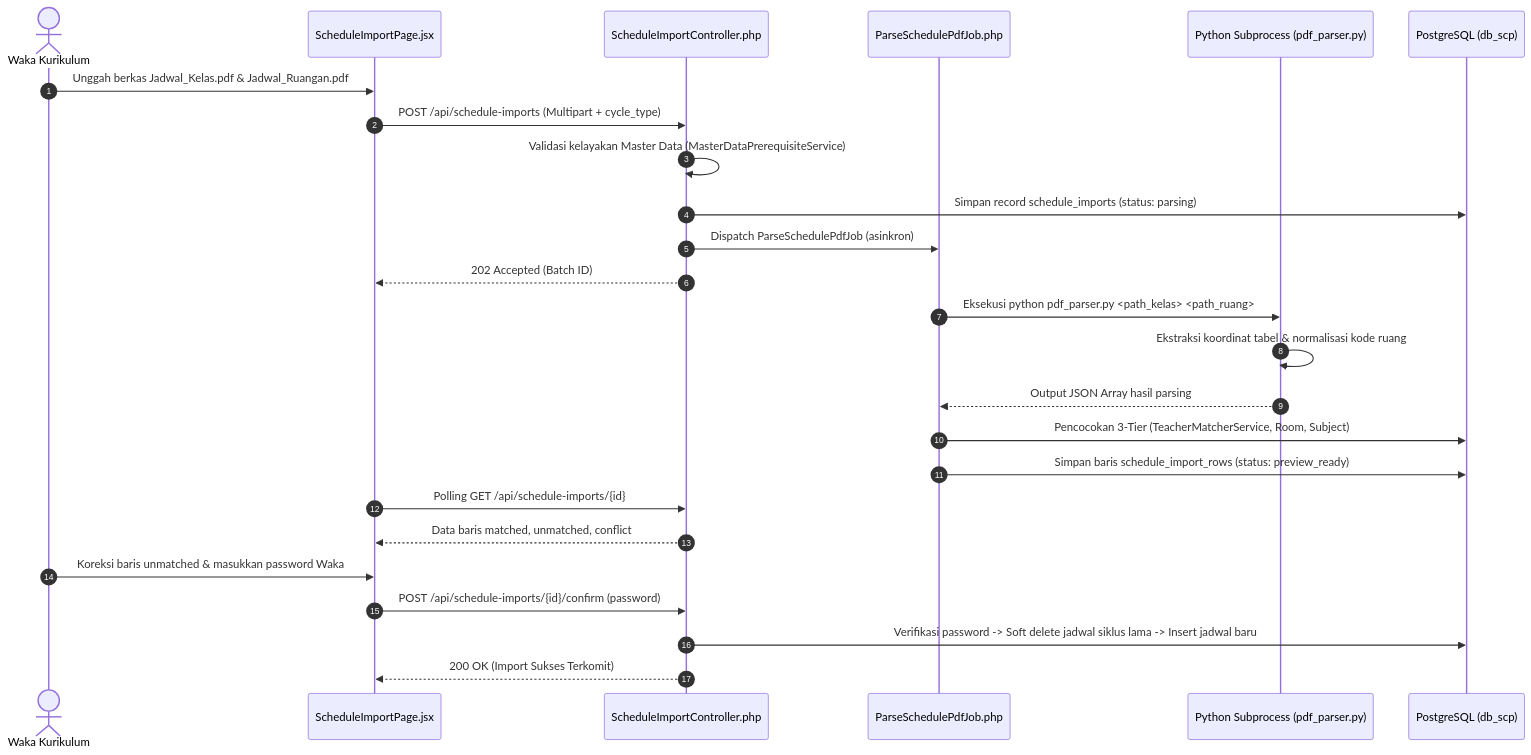
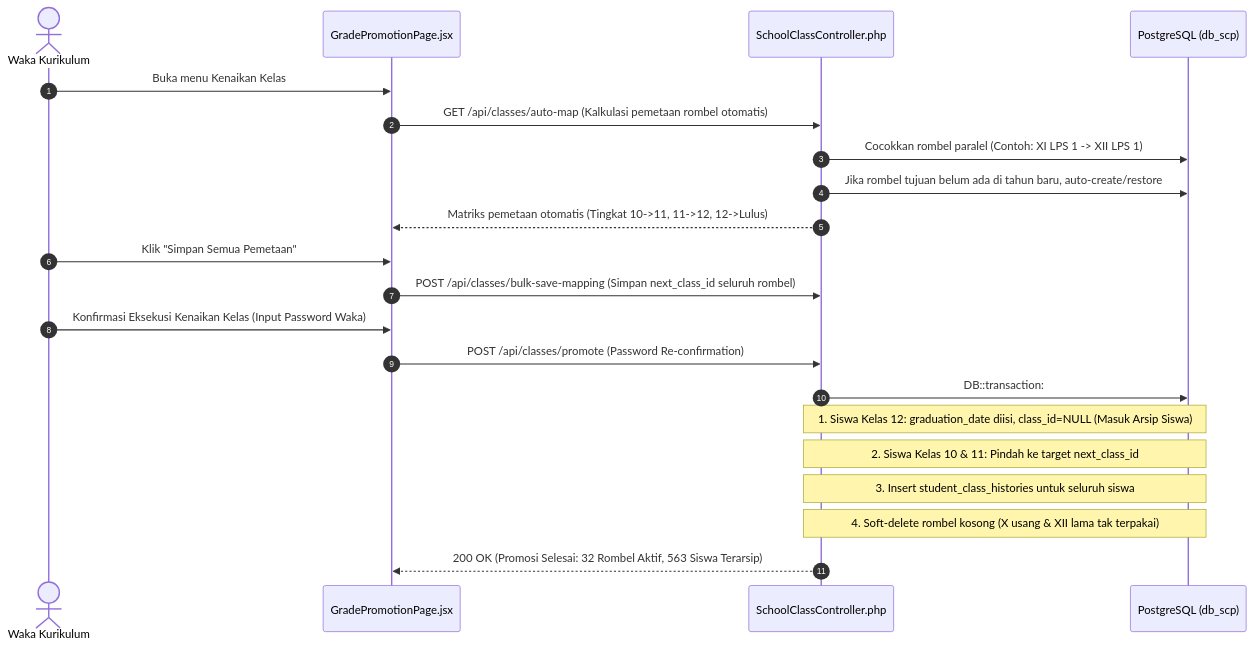
Before and after one commit to lino089/SCP-Project: the fourth of 4 diagrams in README.md, drawn with Mermaid. The commit also changed other lines of this file and 18 other files, not shown here.

Commit message:
Fix : Data siswa ga muncul saat presensi.

````diff
--- a/README.md
+++ b/README.md
@@ -341,30 +383,24 @@
 ```mermaid
 sequenceDiagram
     autonumber
     actor Waka as Waka Kurikulum
-    participant UI as ScheduleImportPage.jsx
-    participant Ctrl as ScheduleImportController.php
-    participant Job as ParseSchedulePdfJob.php
-    participant Py as Python Subprocess (pdf_parser.py)
+    participant UI as GradePromotionPage.jsx
+    participant Ctrl as SchoolClassController.php
     participant DB as PostgreSQL (db_scp)
 
-    Waka->>UI: Unggah berkas Jadwal_Kelas.pdf & Jadwal_Ruangan.pdf
-    UI->>Ctrl: POST /api/schedule-imports (Multipart + cycle_type)
-    Ctrl->>Ctrl: Validasi kelayakan Master Data (MasterDataPrerequisiteService)
-    Ctrl->>DB: Simpan record schedule_imports (status: parsing)
-    Ctrl->>Job: Dispatch ParseSchedulePdfJob (asinkron)
-    Ctrl-->>UI: 202 Accepted (Batch ID)
-    
-    Job->>Py: Eksekusi python pdf_parser.py <path_kelas> <path_ruang>
-    Py->>Py: Ekstraksi koordinat tabel & normalisasi kode ruang
-    Py-->>Job: Output JSON Array hasil parsing
-    Job->>DB: Pencocokan 3-Tier (TeacherMatcherService, Room, Subject)
-    Job->>DB: Simpan baris schedule_import_rows (status: preview_ready)
-    
-    UI->>Ctrl: Polling GET /api/schedule-imports/{id}
-    Ctrl-->>UI: Data baris matched, unmatched, conflict
-    Waka->>UI: Koreksi baris unmatched & masukkan password Waka
-    UI->>Ctrl: POST /api/schedule-imports/{id}/confirm (password)
-    Ctrl->>DB: Verifikasi password -> Soft delete jadwal siklus lama -> Insert jadwal baru
-    Ctrl-->>UI: 200 OK (Import Sukses Terkomit)
+    Waka->>UI: Buka menu Kenaikan Kelas
+    UI->>Ctrl: GET /api/classes/auto-map (Kalkulasi pemetaan rombel otomatis)
+    Ctrl->>DB: Cocokkan rombel paralel (Contoh: XI LPS 1 -> XII LPS 1)
+    Ctrl->>DB: Jika rombel tujuan belum ada di tahun baru, auto-create/restore
+    Ctrl-->>UI: Matriks pemetaan otomatis (Tingkat 10->11, 11->12, 12->Lulus)
+    Waka->>UI: Klik "Simpan Semua Pemetaan"
+    UI->>Ctrl: POST /api/classes/bulk-save-mapping (Simpan next_class_id seluruh rombel)
+    Waka->>UI: Konfirmasi Eksekusi Kenaikan Kelas (Input Password Waka)
+    UI->>Ctrl: POST /api/classes/promote (Password Re-confirmation)
+    Ctrl->>DB: DB::transaction:
+    Note over Ctrl,DB: 1. Siswa Kelas 12: graduation_date diisi, class_id=NULL (Masuk Arsip Siswa)
+    Note over Ctrl,DB: 2. Siswa Kelas 10 & 11: Pindah ke target next_class_id
+    Note over Ctrl,DB: 3. Insert student_class_histories untuk seluruh siswa
+    Note over Ctrl,DB: 4. Soft-delete rombel kosong (X usang & XII lama tak terpakai)
+    Ctrl-->>UI: 200 OK (Promosi Selesai: 32 Rombel Aktif, 563 Siswa Terarsip)
 ```
````
